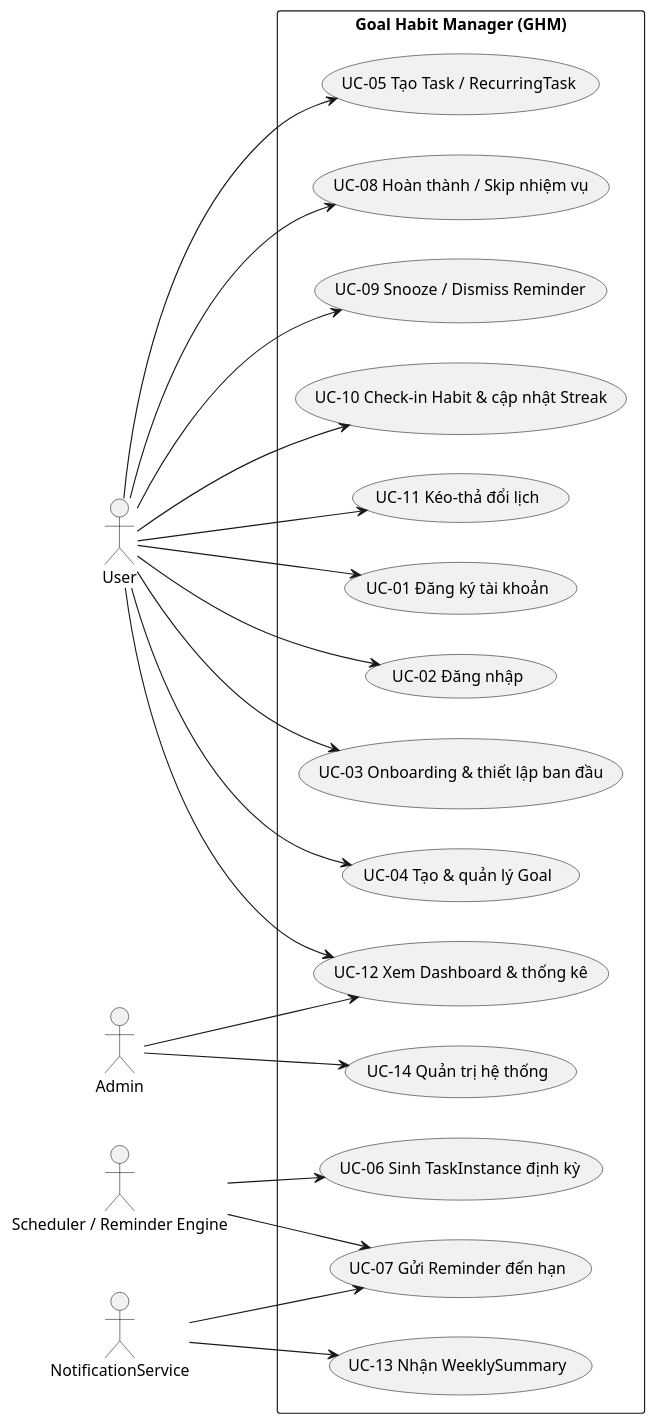
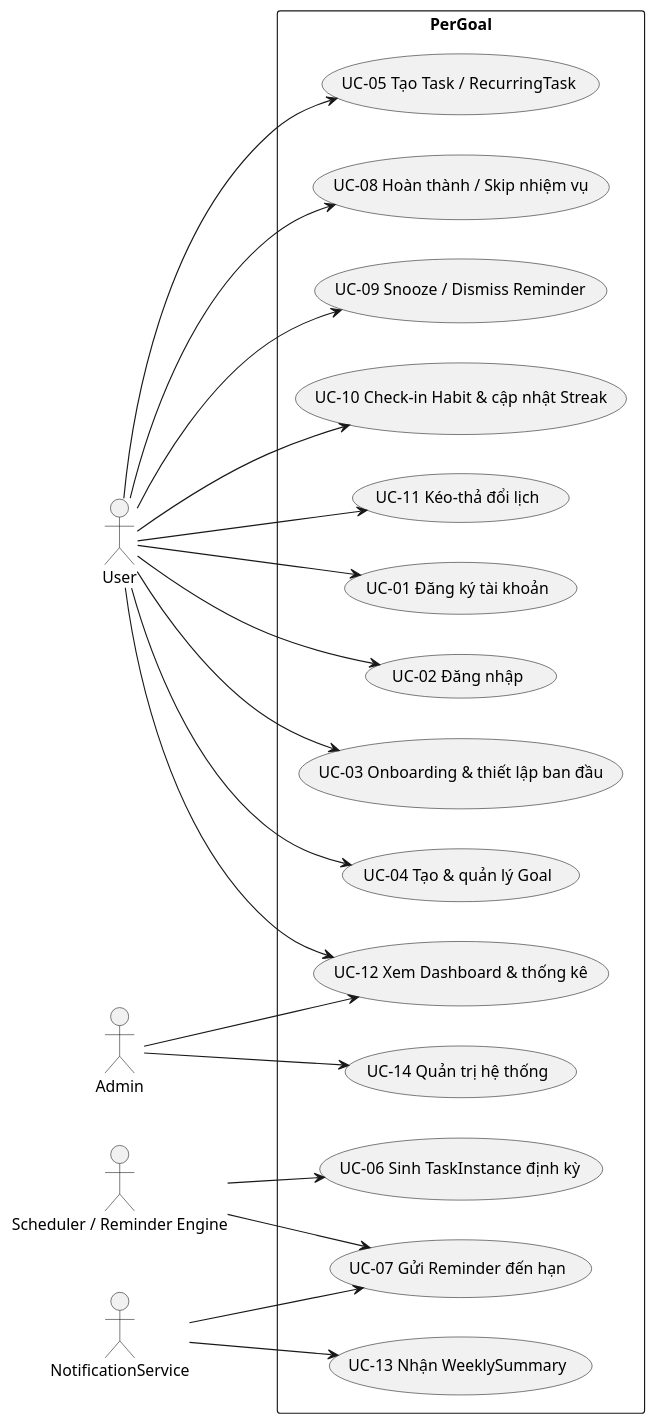
One commit to Musual-Moncra/MH-OOAD changed the second of 4 diagrams in graphify-out/workflow/01-tong-quan-he-thong.md. Above: the diagram before and after it, drawn with PlantUML. The commit also changed other lines of this file and 11 other files, not shown here.

Commit message:
Rename project to PerGoal and remove General Markdown.md

````diff
--- a/graphify-out/workflow/01-tong-quan-he-thong.md
+++ b/graphify-out/workflow/01-tong-quan-he-thong.md
@@ -200,46 +200,46 @@
 ```plantuml
 @startuml
 left to right direction
 skinparam packageStyle rectangle
 
 actor "User" as User
 actor "Admin" as Admin
 actor "Scheduler / Reminder Engine" as Scheduler
 actor "NotificationService" as Notif
 
-rectangle "Goal Habit Manager (GHM)" {
+rectangle "PerGoal" {
   usecase "UC-01 Đăng ký tài khoản" as UC01
   usecase "UC-02 Đăng nhập" as UC02
   usecase "UC-03 Onboarding & thiết lập ban đầu" as UC03
   usecase "UC-04 Tạo & quản lý Goal" as UC04
   usecase "UC-05 Tạo Task / RecurringTask" as UC05
   usecase "UC-06 Sinh TaskInstance định kỳ" as UC06
   usecase "UC-07 Gửi Reminder đến hạn" as UC07
   usecase "UC-08 Hoàn thành / Skip nhiệm vụ" as UC08
   usecase "UC-09 Snooze / Dismiss Reminder" as UC09
   usecase "UC-10 Check-in Habit & cập nhật Streak" as UC10
   usecase "UC-11 Kéo-thả đổi lịch" as UC11
   usecase "UC-12 Xem Dashboard & thống kê" as UC12
   usecase "UC-13 Nhận WeeklySummary" as UC13
   usecase "UC-14 Quản trị hệ thống" as UC14
 }
 
 User --> UC01
 User --> UC02
 User --> UC03
 User --> UC04
 User --> UC05
 User --> UC08
 User --> UC09
 User --> UC10
 User --> UC11
 User --> UC12
 
 Scheduler --> UC06
 Scheduler --> UC07
 Notif --> UC07
 Notif --> UC13
 Admin --> UC14
 Admin --> UC12
 @enduml
 ```
````
